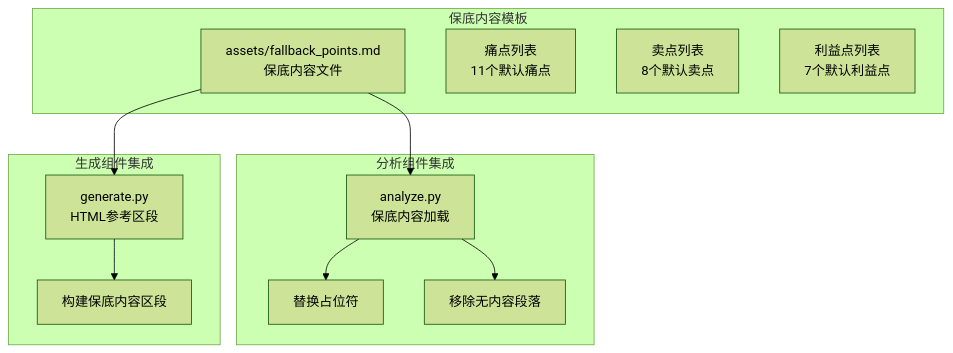
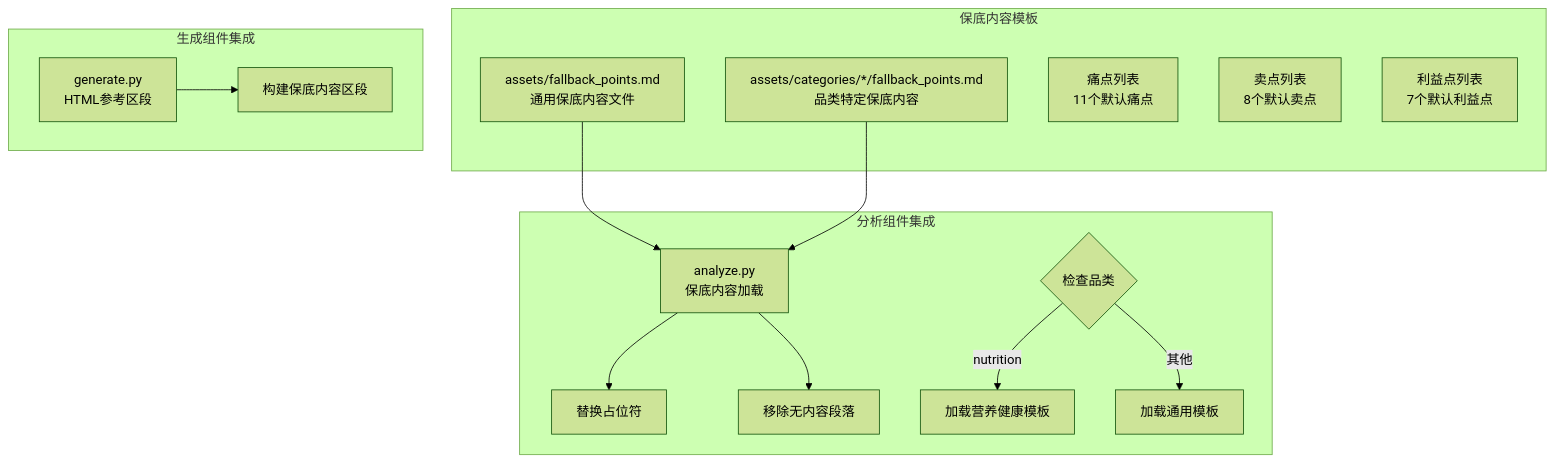
One commit to WongMingJiu/landingpage-test-hero-page changed diagram 15 of 23 in .qoder/repowiki/zh/content/配置和定制/配置和定制.md. Above: the diagram before and after it, drawn with Mermaid (forest theme). The commit also changed other lines of this file and 6 other files, not shown here.

````diff
--- a/.qoder/repowiki/zh/content/配置和定制/配置和定制.md
+++ b/.qoder/repowiki/zh/content/配置和定制/配置和定制.md
@@ -519,23 +733,27 @@
 ```mermaid
 graph TB
 subgraph "保底内容模板"
-FallbackPoints[assets/fallback_points.md<br/>保底内容文件]
+FallbackPoints[assets/fallback_points.md<br/>通用保底内容文件]
+CategoryFallback[assets/categories/*/fallback_points.md<br/>品类特定保底内容]
 PainPoints[痛点列表<br/>11个默认痛点]
 SellingPoints[卖点列表<br/>8个默认卖点]
 Benefits[利益点列表<br/>7个默认利益点]
 end
 subgraph "分析组件集成"
 AnalyzeFallback[analyze.py<br/>保底内容加载]
 ReplacePlaceholders[替换占位符]
 RemoveSection[移除无内容段落]
+CheckCategory{检查品类}
+CheckCategory --> |nutrition| LoadNutritionFallback[加载营养健康模板]
+CheckCategory --> |其他| LoadGenericFallback[加载通用模板]
 end
 subgraph "生成组件集成"
 GenerateFallback[generate.py<br/>HTML参考区段]
 BuildSections[构建保底内容区段]
 end
 FallbackPoints --> AnalyzeFallback
-FallbackPoints --> GenerateFallback
+CategoryFallback --> AnalyzeFallback
 AnalyzeFallback --> ReplacePlaceholders
 AnalyzeFallback --> RemoveSection
 GenerateFallback --> BuildSections
 ```
````
